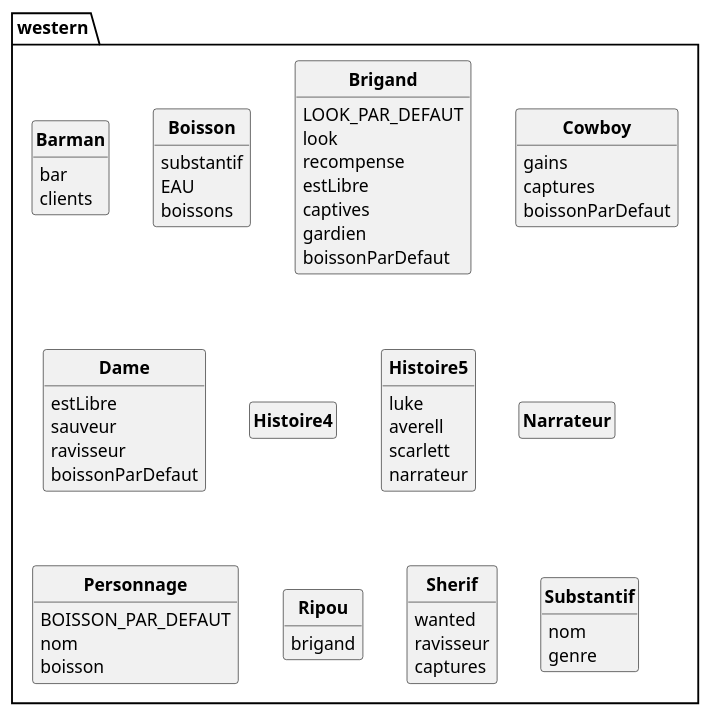
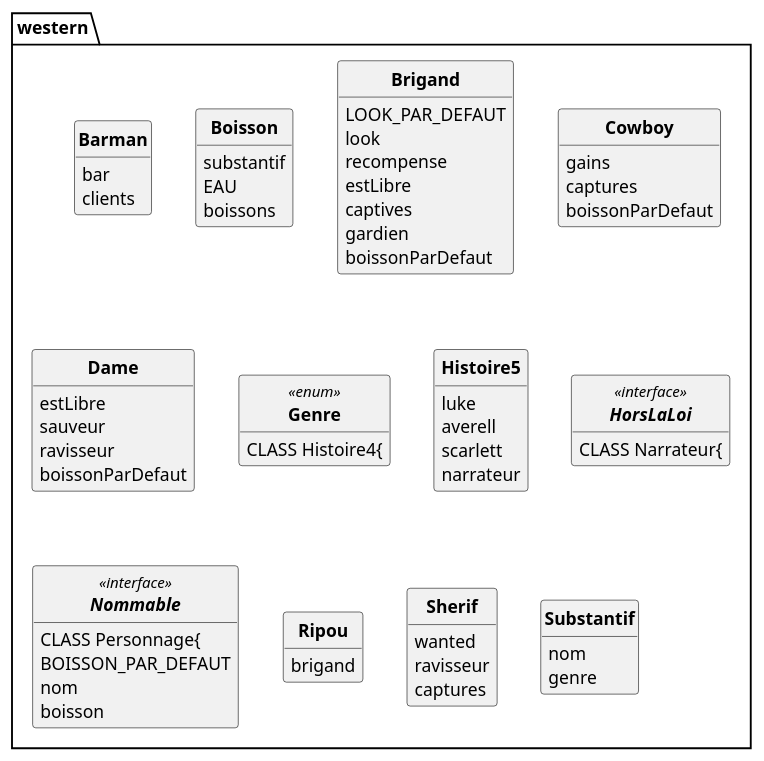
One commit to D3B1RUM4N/PumlFromJava changed the diagram in pumlCode.puml. Above: the diagram before and after it, drawn with PlantUML. The commit also changed 11 other files, not shown here.

```diff
--- a/pumlCode.puml
+++ b/pumlCode.puml
@@ -1,93 +1,100 @@
 @startuml
 
 'UML GENERE PAR CODE :)
 
 skinparam style strictuml
 skinparam classAttributeIconSize 0
 skinparam classFontStyle Bold
 hide empty members
 
 PACKAGE western{
 	CLASS Barman{
 		bar
 		clients
 	}
 
 
 	CLASS Boisson{
 		substantif
 		EAU
 		boissons
 	}
 
 
 	CLASS Brigand{
 		LOOK_PAR_DEFAUT
 		look
 		recompense
 		estLibre
 		captives
 		gardien
 		boissonParDefaut
 	}
 
 
 	CLASS Cowboy{
 		gains
 		captures
 		boissonParDefaut
 	}
 
 
 	CLASS Dame{
 		estLibre
 		sauveur
 		ravisseur
 		boissonParDefaut
 	}
 
 
+	ENUM Genre<<enum>>{
 	CLASS Histoire4{
 	}
 
 
 	CLASS Histoire5{
 		luke
 		averell
 		scarlett
 		narrateur
 	}
 
 
+	INTERFACE HorsLaLoi<<interface>>{
+
+
 	CLASS Narrateur{
 	}
+
+
+	INTERFACE Nommable<<interface>>{
 
 
 	CLASS Personnage{
 		BOISSON_PAR_DEFAUT
 		nom
 		boisson
 	}
 
 
 	CLASS Ripou{
 		brigand
 	}
 
 
 	CLASS Sherif{
 		wanted
 		ravisseur
 		captures
 	}
 
 
 	CLASS Substantif{
 		nom
 		genre
 	}
 
 
 
 }
 @enduml
```
